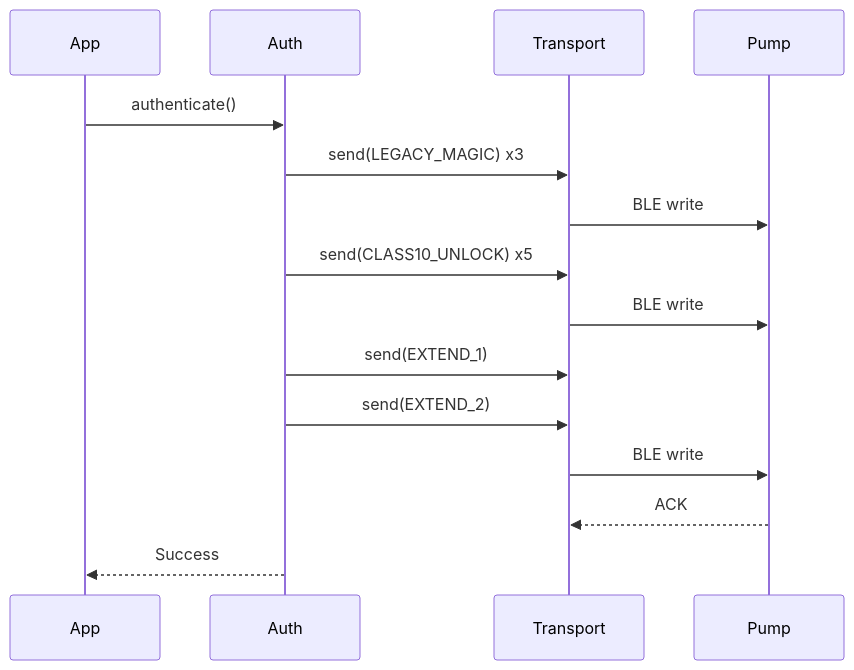
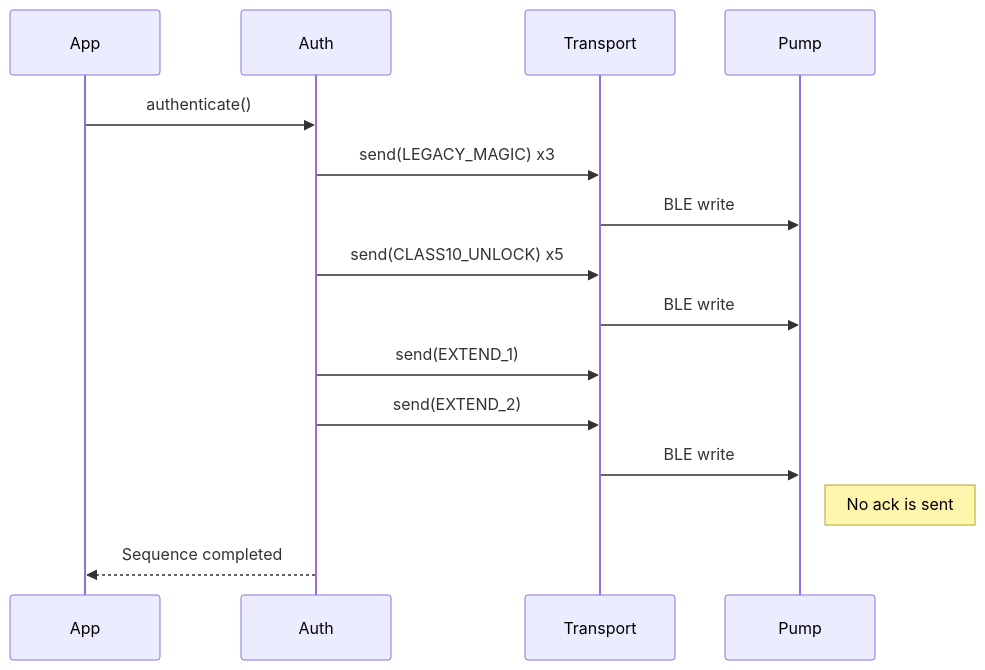
One commit to eman/alpha-hwr changed the second of 8 diagrams in docs/reimplementation/architecture.md. Above: the diagram before and after it, drawn with Mermaid. The commit also changed other lines of this file and 7 other files, not shown here.

````diff
--- a/docs/reimplementation/architecture.md
+++ b/docs/reimplementation/architecture.md
@@ -80,18 +92,18 @@
 ```mermaid
 sequenceDiagram
     participant App
     participant Auth
     participant Transport
     participant Pump
     
     App->>Auth: authenticate()
     Auth->>Transport: send(LEGACY_MAGIC) x3
     Transport->>Pump: BLE write
     Auth->>Transport: send(CLASS10_UNLOCK) x5
     Transport->>Pump: BLE write
     Auth->>Transport: send(EXTEND_1)
     Auth->>Transport: send(EXTEND_2)
     Transport->>Pump: BLE write
-    Pump-->>Transport: ACK
-    Auth-->>App: Success
+    Note right of Pump: No ack is sent
+    Auth-->>App: Sequence completed
 ```
````
